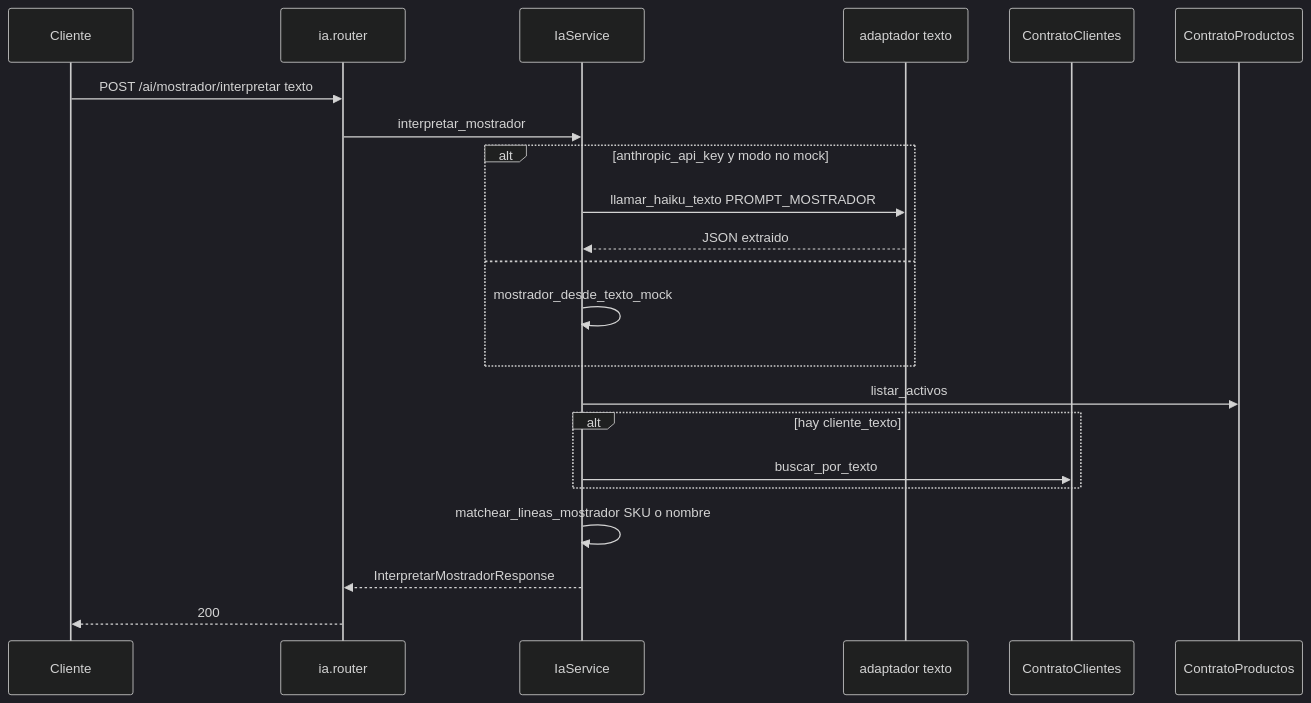
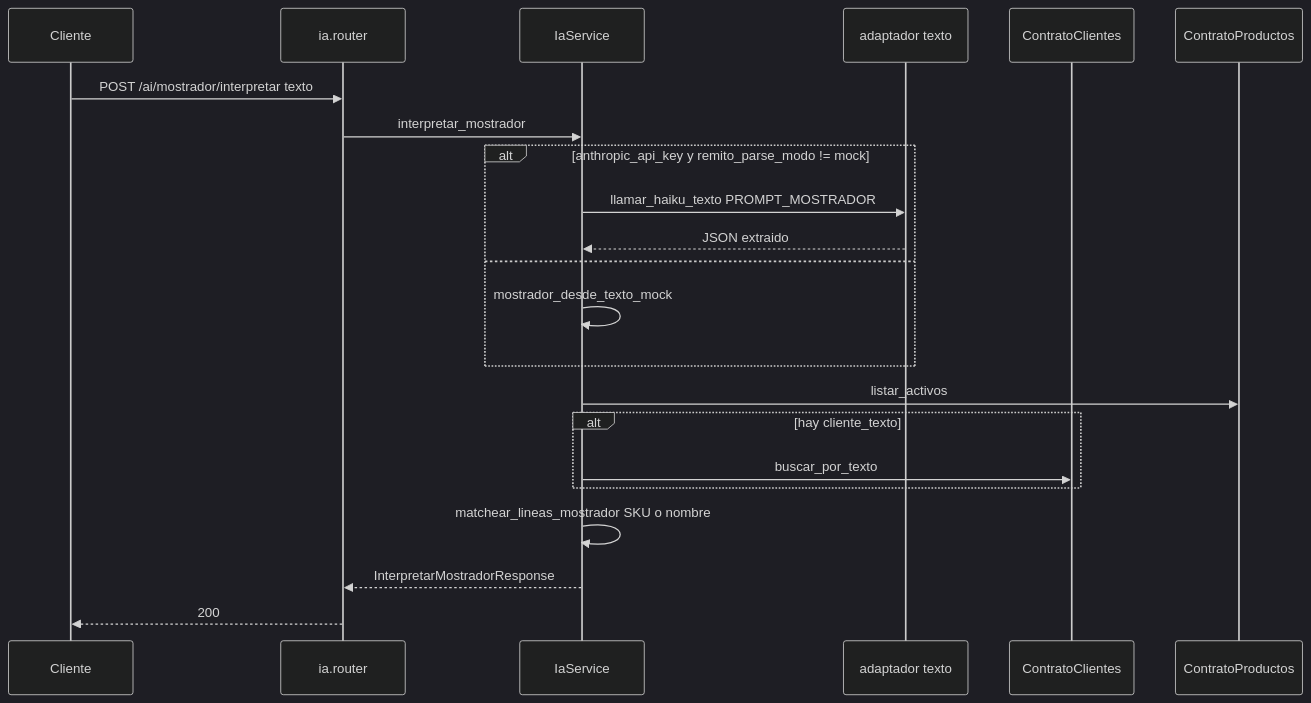
Before and after one commit to estsan3/ventas360-api: the first of 3 diagrams in docs/diagramas/ia.md, drawn with Mermaid (dark theme). The commit also changed other lines of this file and 16 other files, not shown here.

First line of the commit message:
docs: diagramas de secuencia por módulo (sync 2026-09-07)

````diff
--- a/docs/diagramas/ia.md
+++ b/docs/diagramas/ia.md
@@ -14,25 +14,25 @@
 ```mermaid
 sequenceDiagram
     participant Cliente
     participant Router as ia.router
     participant Service as IaService
     participant LLM as adaptador texto
     participant Clientes as ContratoClientes
     participant Productos as ContratoProductos
 
     Cliente->>Router: POST /ai/mostrador/interpretar texto
     Router->>Service: interpretar_mostrador
-    alt anthropic_api_key y modo no mock
+    alt anthropic_api_key y remito_parse_modo != mock
         Service->>LLM: llamar_haiku_texto PROMPT_MOSTRADOR
         LLM-->>Service: JSON extraido
     else
         Service->>Service: mostrador_desde_texto_mock
     end
     Service->>Productos: listar_activos
     alt hay cliente_texto
         Service->>Clientes: buscar_por_texto
     end
     Service->>Service: matchear_lineas_mostrador SKU o nombre
     Service-->>Router: InterpretarMostradorResponse
     Router-->>Cliente: 200
 ```
````
